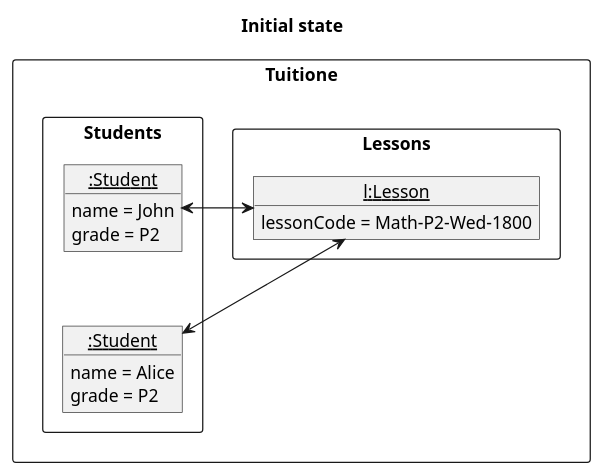
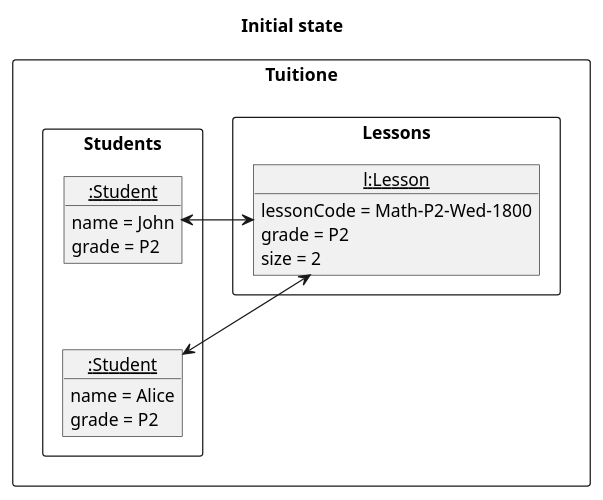
Before and after one commit to nus-cs2103-AY2122S1/tp: the diagram in docs/diagrams/DeleteLessonState0.puml, drawn with PlantUML. The commit also changed 3 other files, not shown here.

Commit message:
Add grade and size in object diagrams

```diff
--- a/docs/diagrams/DeleteLessonState0.puml
+++ b/docs/diagrams/DeleteLessonState0.puml
@@ -1,30 +1,32 @@
 @startuml
 skinparam ClassFontColor #000000
 skinparam ClassBorderColor #000000
 
 title Initial state
 
 package Tuitione <<rectangle>> {
     package Lessons <<rectangle>> {
         object "<u>l:Lesson" as Lesson {
             lessonCode = Math-P2-Wed-1800
+            grade = P2
+            size = 2
         }
     }
     package Students <<rectangle>> {
         object "<u>:Student" as Alice {
             name = Alice
             grade = P2
         }
         object "<u>:Student" as John {
             name = John
             grade = P2
         }
     }
 }
 
 John -[hidden]-> Alice
 
 Lesson <-r-> John
 Lesson <-r-> Alice
 
 @end
```
